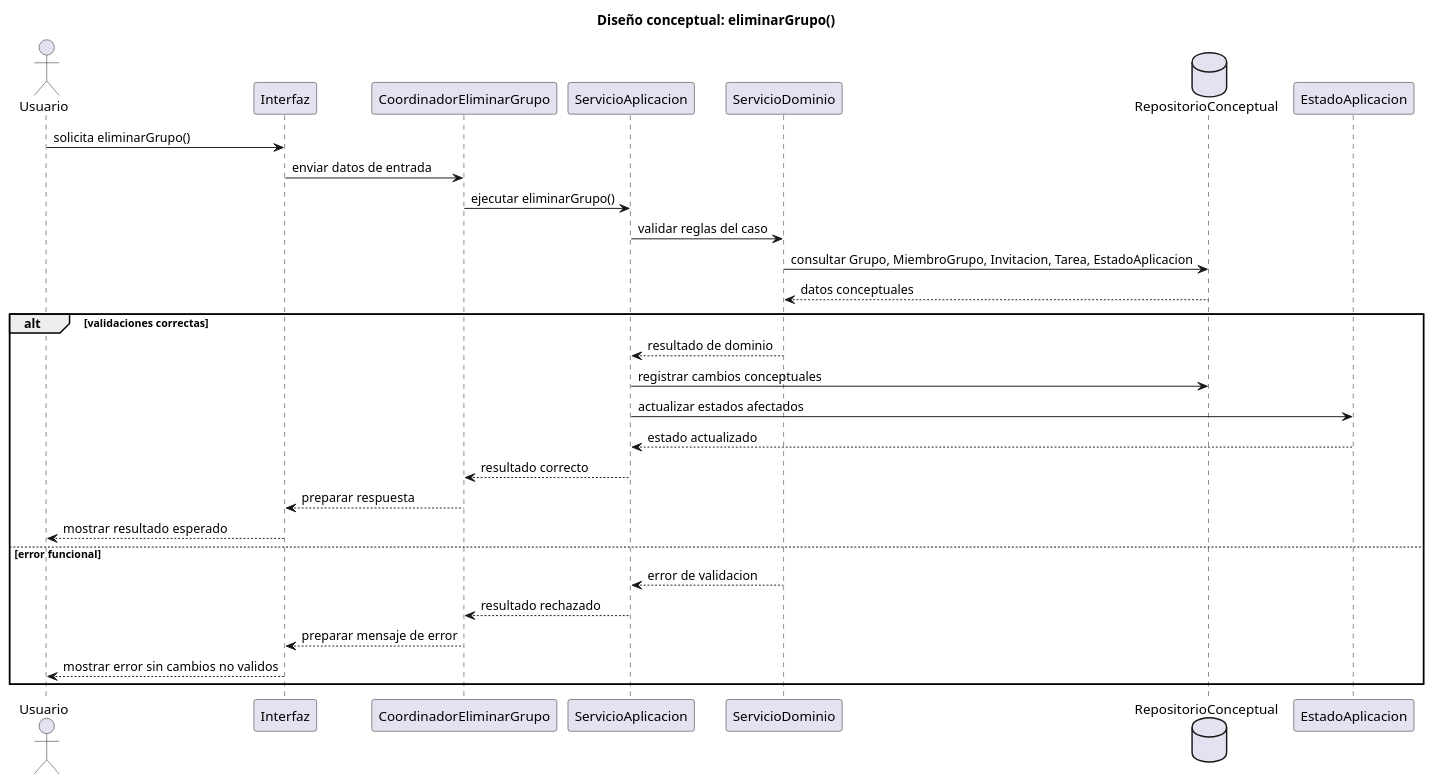
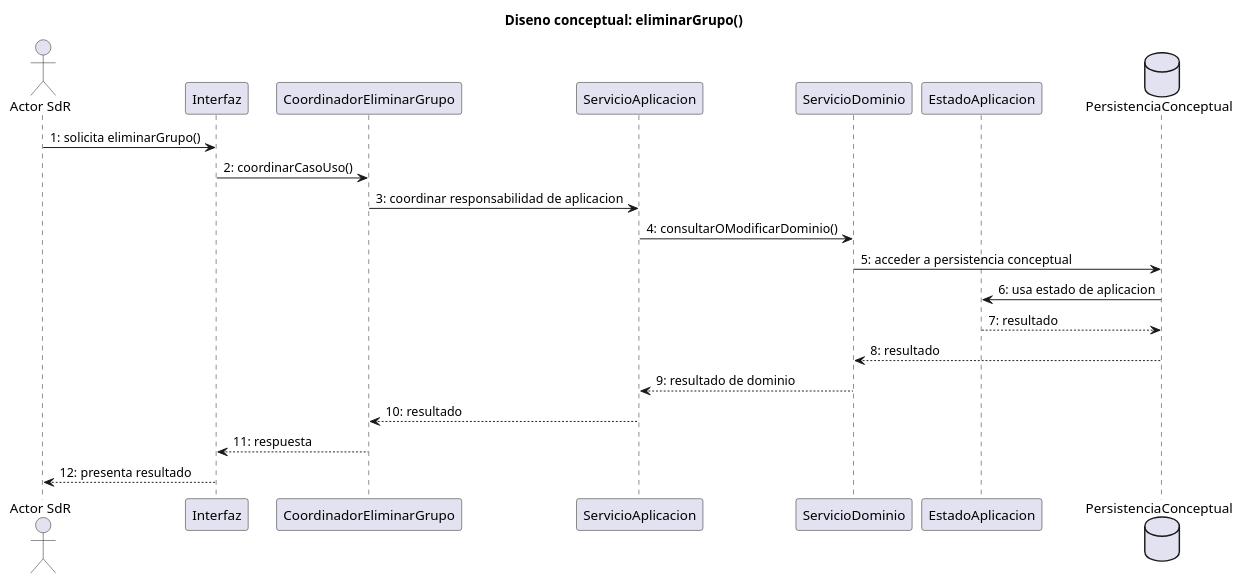
One commit to inigovaqueroo04/25-26-idsw2-sdVC changed the diagram in documents/RUP/02-diseño/casos-uso/gestion-grupos/eliminarGrupo/README.md. Above: the diagram before and after it, drawn with PlantUML. The commit also changed other lines of this file and 24 other files, not shown here.

Commit message:
docs: validar trazabilidad integral de diseno

````diff
--- a/documents/RUP/02-diseño/casos-uso/gestion-grupos/eliminarGrupo/README.md
+++ b/documents/RUP/02-diseño/casos-uso/gestion-grupos/eliminarGrupo/README.md
@@ -85,36 +85,27 @@
 ```plantuml
 @startuml eliminarGrupo-diseno-secuencia
-title Diseño conceptual: eliminarGrupo()
+title Diseno conceptual: eliminarGrupo()
 
-actor "Usuario" as Usuario
+actor "Actor SdR" as Actor
 participant "Interfaz" as Interfaz
 participant "CoordinadorEliminarGrupo" as Coordinador
 participant "ServicioAplicacion" as ServicioAplicacion
 participant "ServicioDominio" as ServicioDominio
-database "RepositorioConceptual" as Repositorio
 participant "EstadoAplicacion" as EstadoAplicacion
+database "PersistenciaConceptual" as Persistencia
 
-Usuario -> Interfaz : solicita eliminarGrupo()
-Interfaz -> Coordinador : enviar datos de entrada
-Coordinador -> ServicioAplicacion : ejecutar eliminarGrupo()
-ServicioAplicacion -> ServicioDominio : validar reglas del caso
-ServicioDominio -> Repositorio : consultar Grupo, MiembroGrupo, Invitacion, Tarea, EstadoAplicacion
-Repositorio --> ServicioDominio : datos conceptuales
-
-alt validaciones correctas
-  ServicioDominio --> ServicioAplicacion : resultado de dominio
-  ServicioAplicacion -> Repositorio : registrar cambios conceptuales
-  ServicioAplicacion -> EstadoAplicacion : actualizar estados afectados
-  EstadoAplicacion --> ServicioAplicacion : estado actualizado
-  ServicioAplicacion --> Coordinador : resultado correcto
-  Coordinador --> Interfaz : preparar respuesta
-  Interfaz --> Usuario : mostrar resultado esperado
-else error funcional
-  ServicioDominio --> ServicioAplicacion : error de validacion
-  ServicioAplicacion --> Coordinador : resultado rechazado
-  Coordinador --> Interfaz : preparar mensaje de error
-  Interfaz --> Usuario : mostrar error sin cambios no validos
-end
+Actor -> Interfaz : 1: solicita eliminarGrupo()
+Interfaz -> Coordinador : 2: coordinarCasoUso()
+Coordinador -> ServicioAplicacion : 3: coordinar responsabilidad de aplicacion
+ServicioAplicacion -> ServicioDominio : 4: consultarOModificarDominio()
+ServicioDominio -> Persistencia : 5: acceder a persistencia conceptual
+Persistencia -> EstadoAplicacion : 6: usa estado de aplicacion
+EstadoAplicacion --> Persistencia : 7: resultado
+Persistencia --> ServicioDominio : 8: resultado
+ServicioDominio --> ServicioAplicacion : 9: resultado de dominio
+ServicioAplicacion --> Coordinador : 10: resultado
+Coordinador --> Interfaz : 11: respuesta
+Interfaz --> Actor : 12: presenta resultado
 
 @enduml
 ```
````
